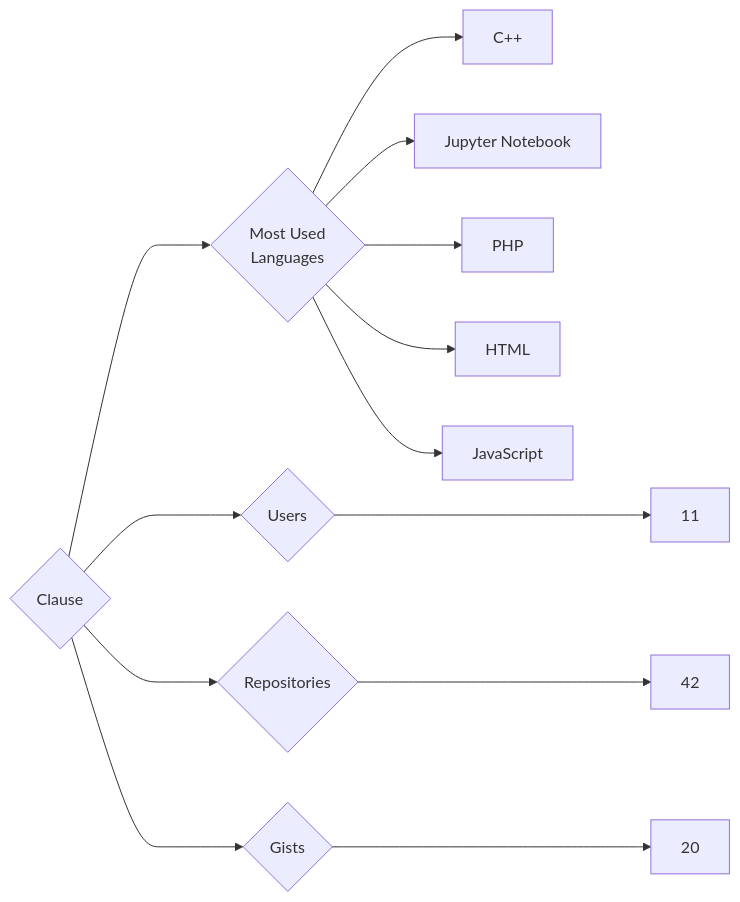
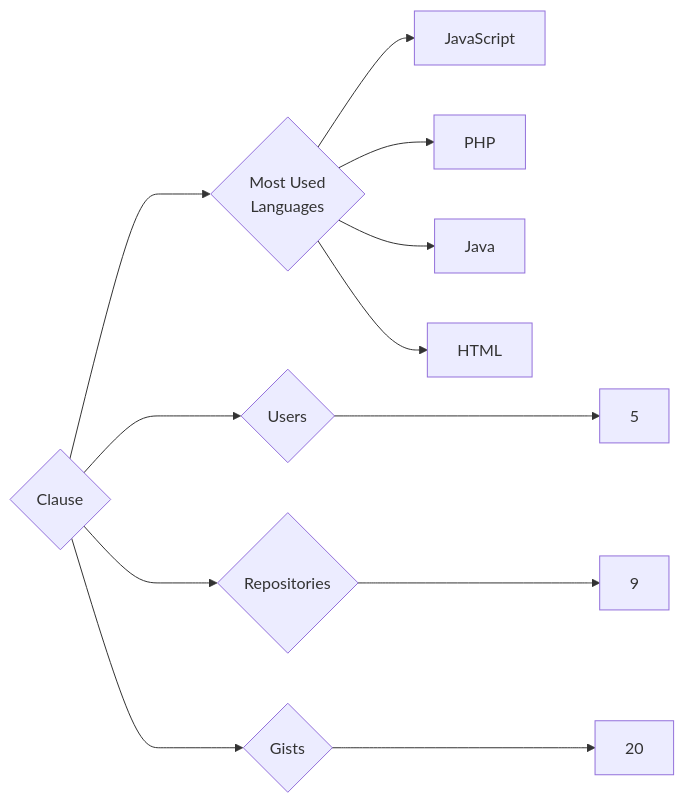
Before and after one commit to trickest/insiders: the diagram in targets/Clause/README.md, drawn with Mermaid. The commit also changed 750 other files, not shown here.

````diff
--- a/targets/Clause/README.md
+++ b/targets/Clause/README.md
@@ -3,13 +3,12 @@
 ```mermaid
 graph LR
 COMPANY_NAME{Clause}
-COMPANY_NAME ---> U{Users} ---> UN[11]
-COMPANY_NAME ---> R{Repositories} ---> RN[42]
+COMPANY_NAME ---> U{Users} ---> UN[5]
+COMPANY_NAME ---> R{Repositories} ---> RN[9]
 COMPANY_NAME ---> G{Gists} ---> GN[20]
 COMPANY_NAME ---> ML{Most Used<br>Languages}
-ML --> C++[C++]
-ML --> Jupyter_Notebook[Jupyter Notebook]
+ML --> JavaScript[JavaScript]
 ML --> PHP[PHP]
+ML --> Java[Java]
 ML --> HTML[HTML]
-ML --> JavaScript[JavaScript]
 ```
````
